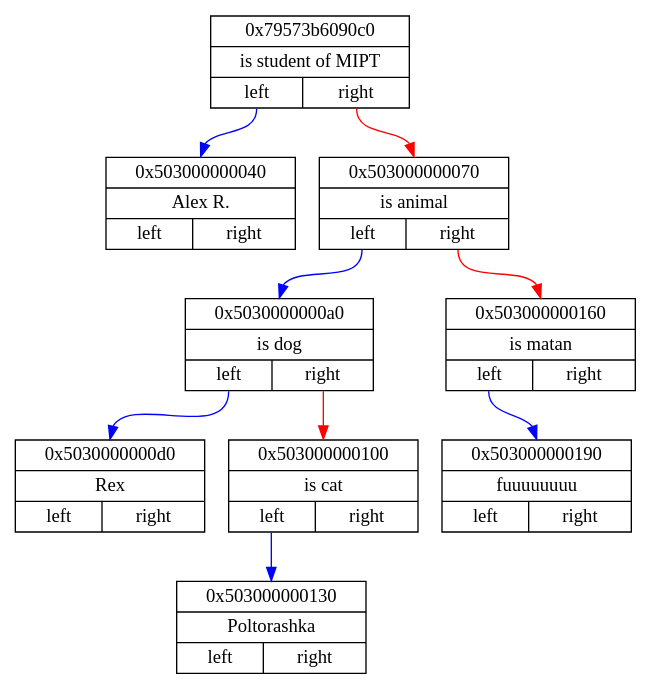
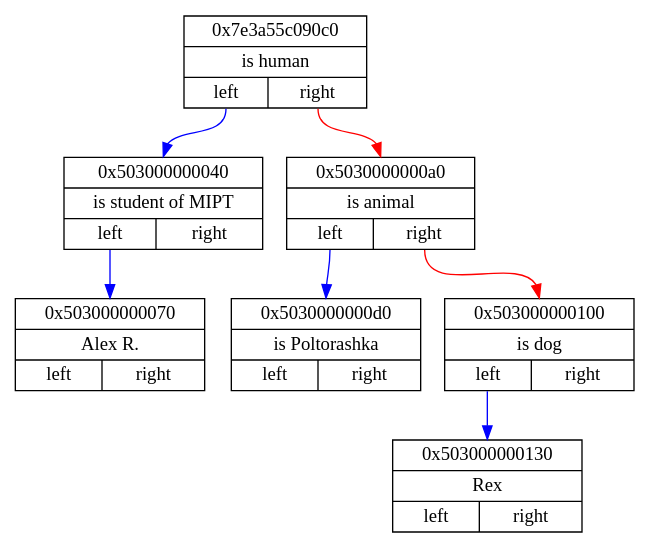
One commit to Matvey787/myAkinator changed the diagram in tree.dot. Above: the diagram before and after it, drawn with Graphviz. The commit also changed 19 other files, not shown here.

```diff
--- a/tree.dot
+++ b/tree.dot
@@ -1,22 +1,18 @@
 digraph
 { 
 rankdir=HR;
 
-node0x79573b6090c0 [ shape=record, rank = 1, label= "{ 0x79573b6090c0 | is student of MIPT | {<n0x79573b6090c0_l> left | <n0x79573b6090c0_r> right}} " ];
-node0x503000000040 [ shape=record, rank = 2, label= "{ 0x503000000040 | Alex R. | {<n0x503000000040_l> left | <n0x503000000040_r> right}} " ];
-node0x79573b6090c0:<n0x79573b6090c0_l>:s -> node0x503000000040:n [ color = blue; ]
-node0x503000000070 [ shape=record, rank = 3, label= "{ 0x503000000070 | is animal | {<n0x503000000070_l> left | <n0x503000000070_r> right}} " ];
-node0x5030000000a0 [ shape=record, rank = 4, label= "{ 0x5030000000a0 | is dog | {<n0x5030000000a0_l> left | <n0x5030000000a0_r> right}} " ];
-node0x5030000000d0 [ shape=record, rank = 5, label= "{ 0x5030000000d0 | Rex | {<n0x5030000000d0_l> left | <n0x5030000000d0_r> right}} " ];
+node0x7e3a55c090c0 [ shape=record, rank = 1, label= "{ 0x7e3a55c090c0 | is human | {<n0x7e3a55c090c0_l> left | <n0x7e3a55c090c0_r> right}} " ];
+node0x503000000040 [ shape=record, rank = 2, label= "{ 0x503000000040 | is student of MIPT | {<n0x503000000040_l> left | <n0x503000000040_r> right}} " ];
+node0x503000000070 [ shape=record, rank = 3, label= "{ 0x503000000070 | Alex R. | {<n0x503000000070_l> left | <n0x503000000070_r> right}} " ];
+node0x503000000040:<n0x503000000040_l>:s -> node0x503000000070:n [ color = blue; ]
+node0x7e3a55c090c0:<n0x7e3a55c090c0_l>:s -> node0x503000000040:n [ color = blue; ]
+node0x5030000000a0 [ shape=record, rank = 3, label= "{ 0x5030000000a0 | is animal | {<n0x5030000000a0_l> left | <n0x5030000000a0_r> right}} " ];
+node0x5030000000d0 [ shape=record, rank = 4, label= "{ 0x5030000000d0 | is Poltorashka | {<n0x5030000000d0_l> left | <n0x5030000000d0_r> right}} " ];
 node0x5030000000a0:<n0x5030000000a0_l>:s -> node0x5030000000d0:n [ color = blue; ]
-node0x503000000100 [ shape=record, rank = 6, label= "{ 0x503000000100 | is cat | {<n0x503000000100_l> left | <n0x503000000100_r> right}} " ];
-node0x503000000130 [ shape=record, rank = 7, label= "{ 0x503000000130 | Poltorashka | {<n0x503000000130_l> left | <n0x503000000130_r> right}} " ];
+node0x503000000100 [ shape=record, rank = 5, label= "{ 0x503000000100 | is dog | {<n0x503000000100_l> left | <n0x503000000100_r> right}} " ];
+node0x503000000130 [ shape=record, rank = 6, label= "{ 0x503000000130 | Rex | {<n0x503000000130_l> left | <n0x503000000130_r> right}} " ];
 node0x503000000100:<n0x503000000100_l>:s -> node0x503000000130:n [ color = blue; ]
 node0x5030000000a0:<n0x5030000000a0_r>:s -> node0x503000000100:n [ color = red; ]
-node0x503000000070:<n0x503000000070_l>:s -> node0x5030000000a0:n [ color = blue; ]
-node0x503000000160 [ shape=record, rank = 5, label= "{ 0x503000000160 | is matan | {<n0x503000000160_l> left | <n0x503000000160_r> right}} " ];
-node0x503000000190 [ shape=record, rank = 6, label= "{ 0x503000000190 | fuuuuuuuu | {<n0x503000000190_l> left | <n0x503000000190_r> right}} " ];
-node0x503000000160:<n0x503000000160_l>:s -> node0x503000000190:n [ color = blue; ]
-node0x503000000070:<n0x503000000070_r>:s -> node0x503000000160:n [ color = red; ]
-node0x79573b6090c0:<n0x79573b6090c0_r>:s -> node0x503000000070:n [ color = red; ]
+node0x7e3a55c090c0:<n0x7e3a55c090c0_r>:s -> node0x5030000000a0:n [ color = red; ]
 }
```
